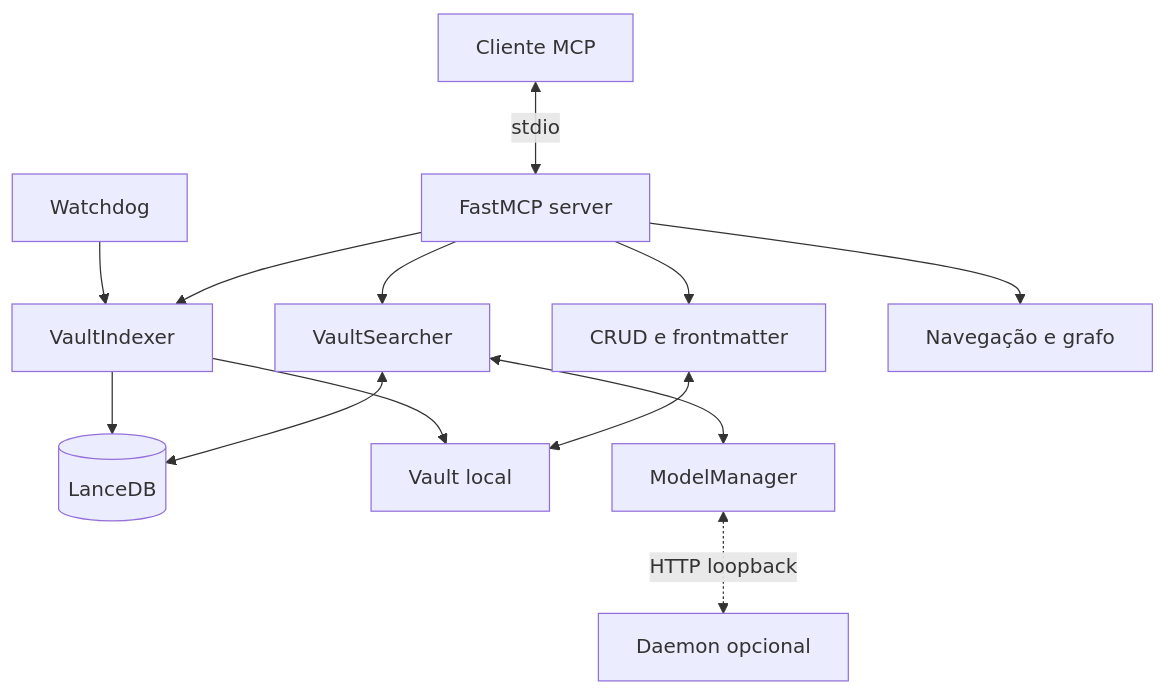
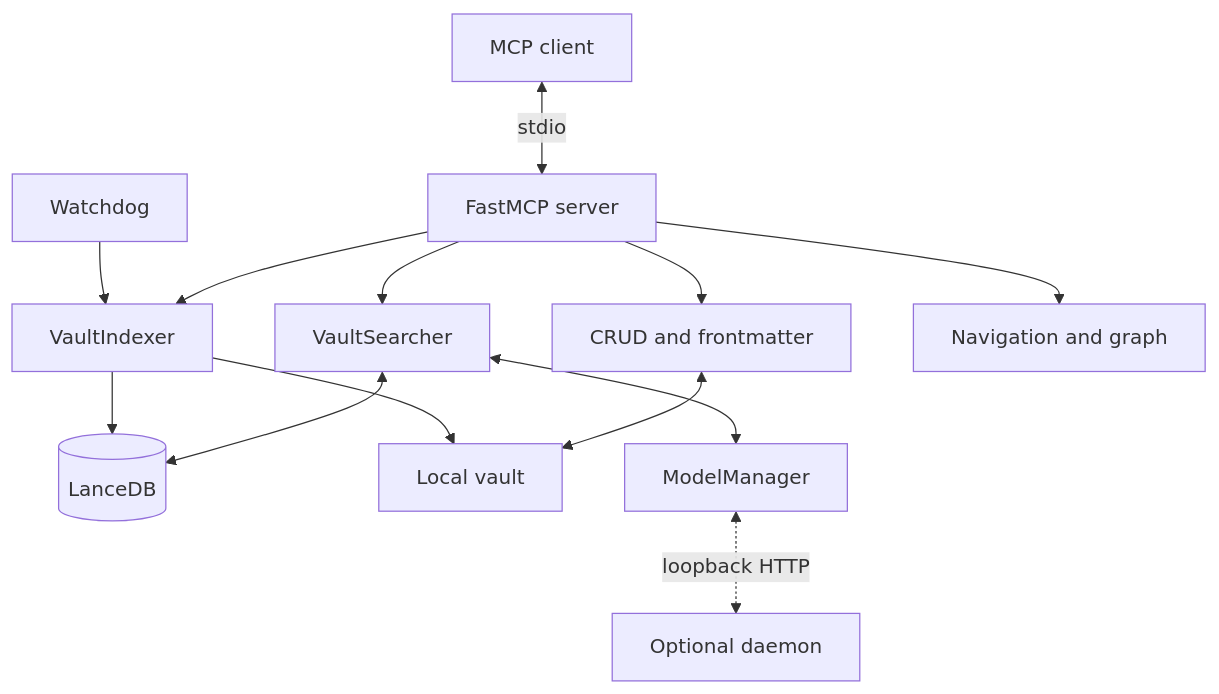
Before and after one commit to everton-dgn/vault-search-mcp: the first of 2 diagrams in docs/architecture/overview.md, drawn with Mermaid. The commit also changed other lines of this file and 200 other files, not shown here.

````diff
--- a/docs/architecture/overview.md
+++ b/docs/architecture/overview.md
@@ -5,15 +5,15 @@
 ```mermaid
 flowchart TB
-    Client[Cliente MCP] <-->|stdio| Server[FastMCP server]
+    Client[MCP client] <-->|stdio| Server[FastMCP server]
     Server --> Search[VaultSearcher]
     Server --> Index[VaultIndexer]
-    Server --> Crud[CRUD e frontmatter]
-    Server --> Graph[Navegação e grafo]
+    Server --> Crud[CRUD and frontmatter]
+    Server --> Graph[Navigation and graph]
     Search <--> Lance[(LanceDB)]
     Index --> Lance
-    Crud <--> Vault[Vault local]
+    Crud <--> Vault[Local vault]
     Index --> Vault
     Watcher[Watchdog] --> Index
     Search <--> Models[ModelManager]
-    Models <-. HTTP loopback .-> Daemon[Daemon opcional]
+    Models <-. loopback HTTP .-> Daemon[Optional daemon]
 ```
````
